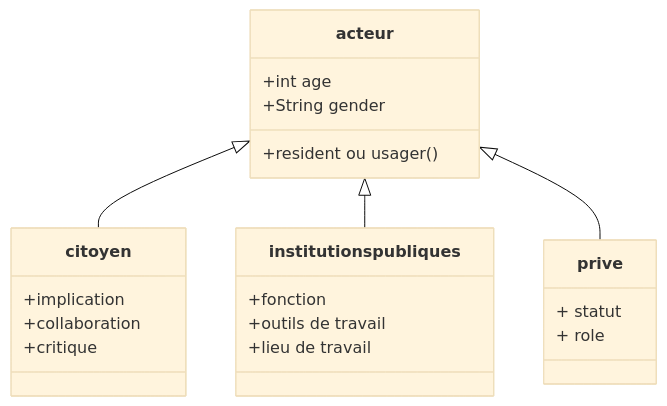
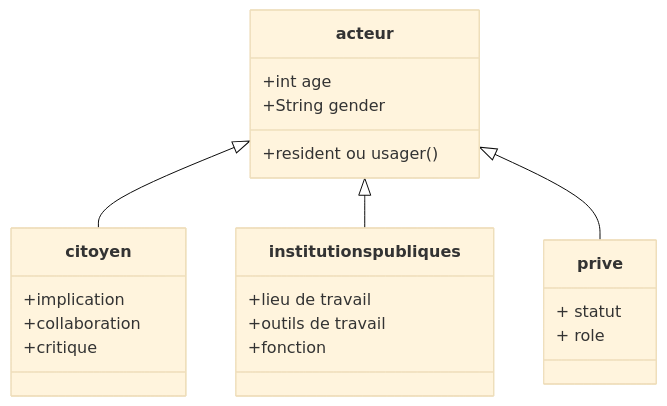
Before and after one commit to kahiarchi/plaine---saint--Denis---batiment-: the diagram in acteurskahiarchi.md, drawn with Mermaid (base theme).

Commit message:
Refactor classes in acteurskahiarchi.md

````diff
--- a/acteurskahiarchi.md
+++ b/acteurskahiarchi.md
@@ -1,25 +1,27 @@
 ```mermaid
 classDiagram
     acteur <|-- citoyen
     acteur <|-- institutions publiques
     acteur <|-- prive
 
     acteur : +int age
     acteur : +String gender
     acteur: +resident ou usager()
 
   class citoyen{
      +implication 
      +collaboration
+
      +critique
     }
     class institutions publiques{
+          +lieu de travail
+          +outils de travail
+
           +fonction
-          +outils de travail
-          +lieu de travail
     }
     class prive{
       + statut
      +  role
      }
 ```
````
